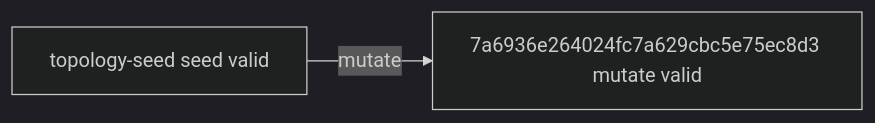
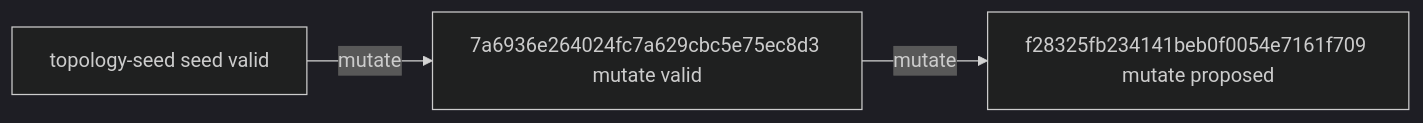
The diagram in experiments/campaigns/layout-numerical-v2/README.md (timbtz/feyer-search-lab), drawn with Mermaid (dark theme) before and after one commit. The commit also changed other lines of this file and 7 other files, not shown here.

````diff
--- a/experiments/campaigns/layout-numerical-v2/README.md
+++ b/experiments/campaigns/layout-numerical-v2/README.md
@@ -21,6 +21,8 @@
 ```mermaid
 graph LR
   n0["topology-seed seed valid"]
   n1["7a6936e264024fc7a629cbc5e75ec8d3 mutate valid"]
+  n2["f28325fb234141beb0f0054e7161f709 mutate proposed"]
   n0 -->|mutate| n1
+  n1 -->|mutate| n2
 ```
````
